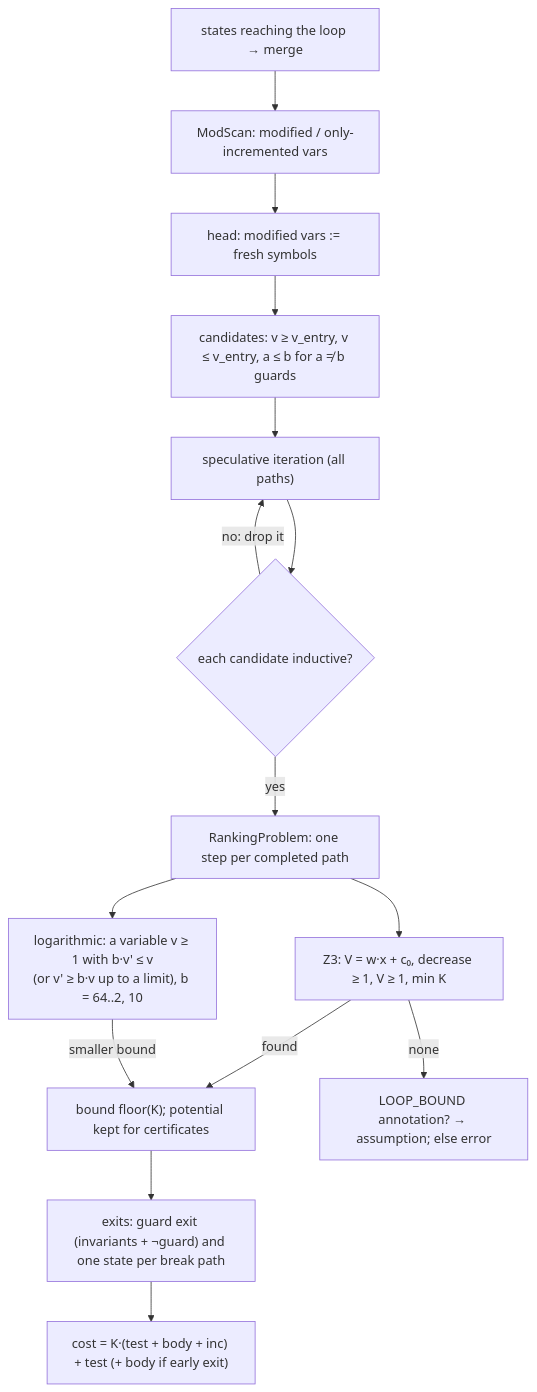
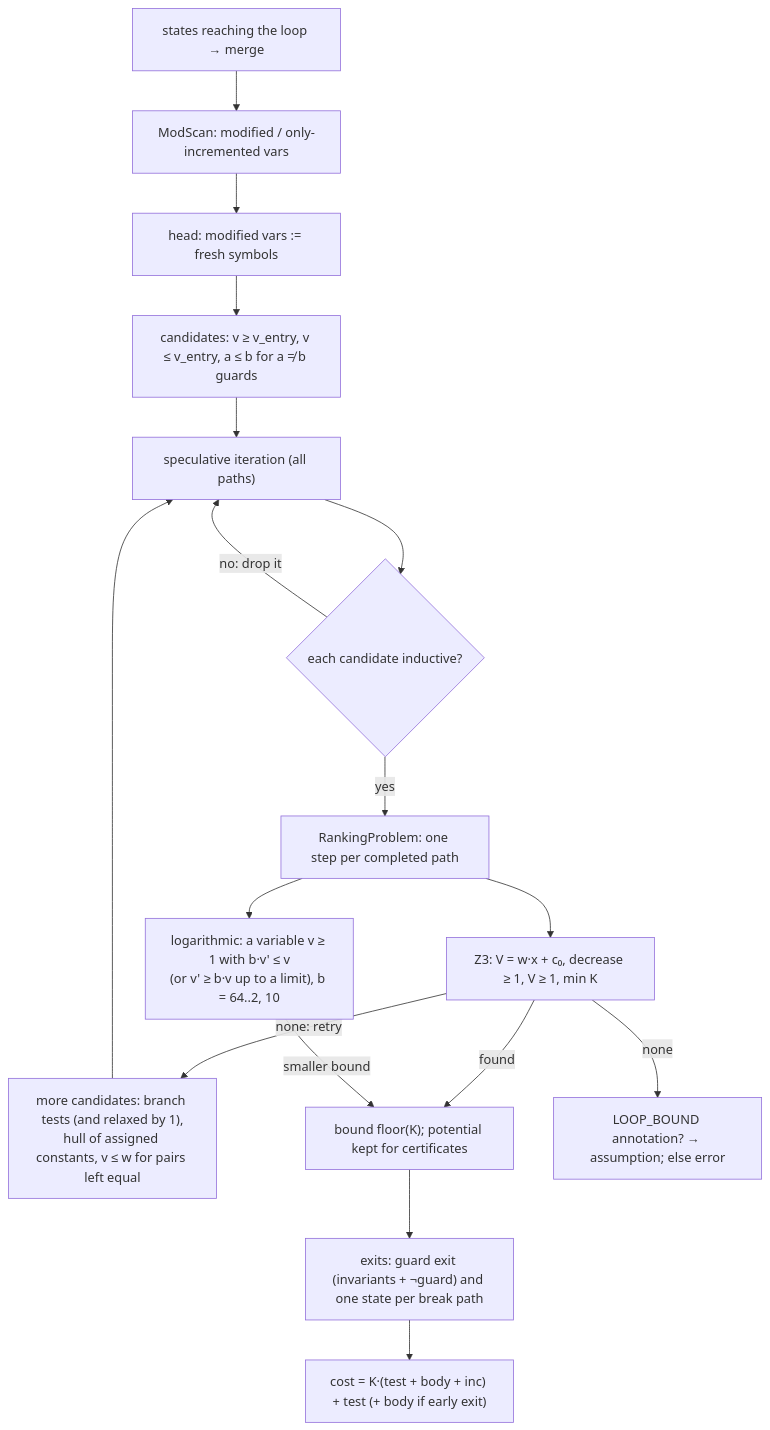
The fourth of 8 diagrams in docs/guide/04-plugin.md (ldallolio/crosscheck), drawn with Mermaid before and after one commit. The commit also changed other lines of this file and 29 other files, not shown here.

````diff
--- a/docs/guide/04-plugin.md
+++ b/docs/guide/04-plugin.md
@@ -109,17 +109,19 @@
 ```mermaid
 flowchart TD
   A["states reaching the loop → merge"] --> B["ModScan: modified / only-incremented vars"]
   B --> C["head: modified vars := fresh symbols"]
   C --> D["candidates: v ≥ v_entry, v ≤ v_entry, a ≤ b for a ≠ b guards"]
   D --> E["speculative iteration (all paths)"]
   E --> F{"each candidate inductive?"}
   F -- "no: drop it" --> E
   F -- yes --> G["RankingProblem: one step per completed path"]
   G --> H["Z3: V = w·x + c₀, decrease ≥ 1, V ≥ 1, min K"]
   G --> LG["logarithmic: a variable v ≥ 1 with b·v' ≤ v<br/>(or v' ≥ b·v up to a limit), b = 64..2, 10"]
+  H -- "none: retry" --> RC["more candidates: branch tests (and relaxed by 1),<br/>hull of assigned constants, v ≤ w for pairs left equal"]
+  RC --> E
   H -- found --> I["bound floor(K); potential kept for certificates"]
   LG -- "smaller bound" --> I
   H -- none --> J["LOOP_BOUND annotation? → assumption; else error"]
   I --> K["exits: guard exit (invariants + ¬guard) and one state per break path"]
   K --> L["cost = K·(test + body + inc) + test (+ body if early exit)"]
 ```
````
